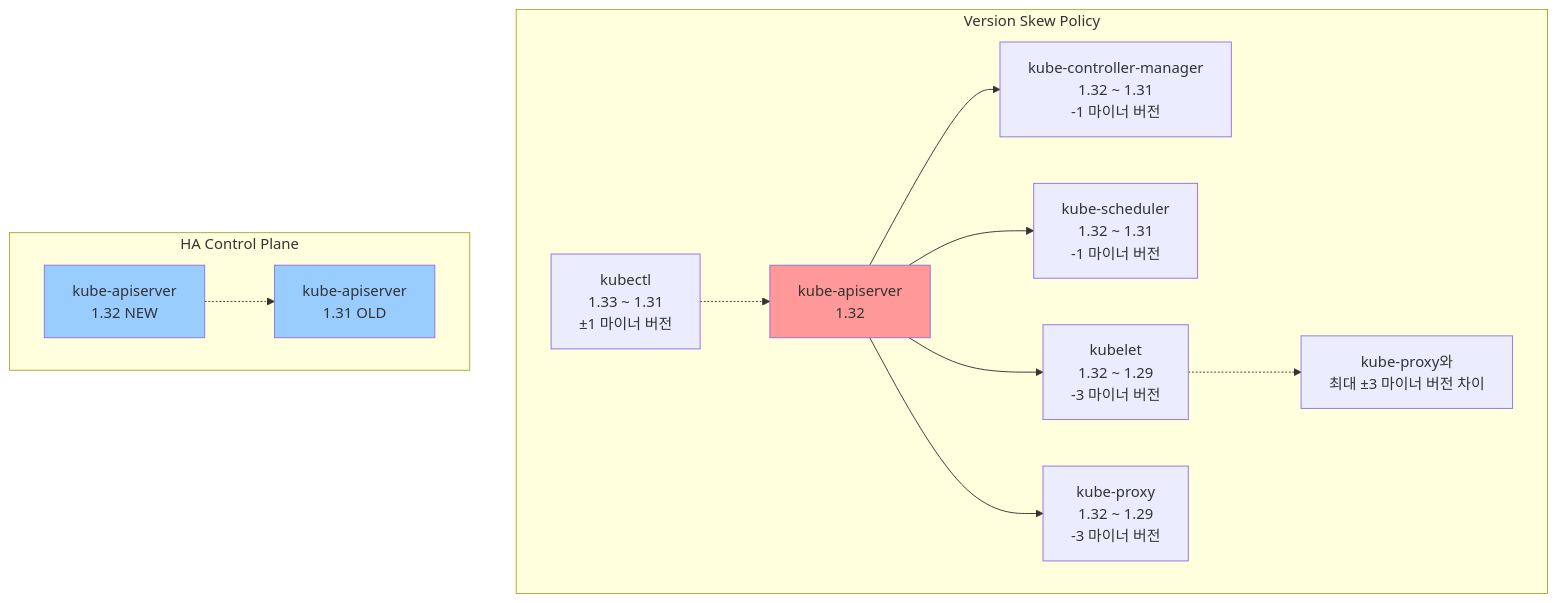
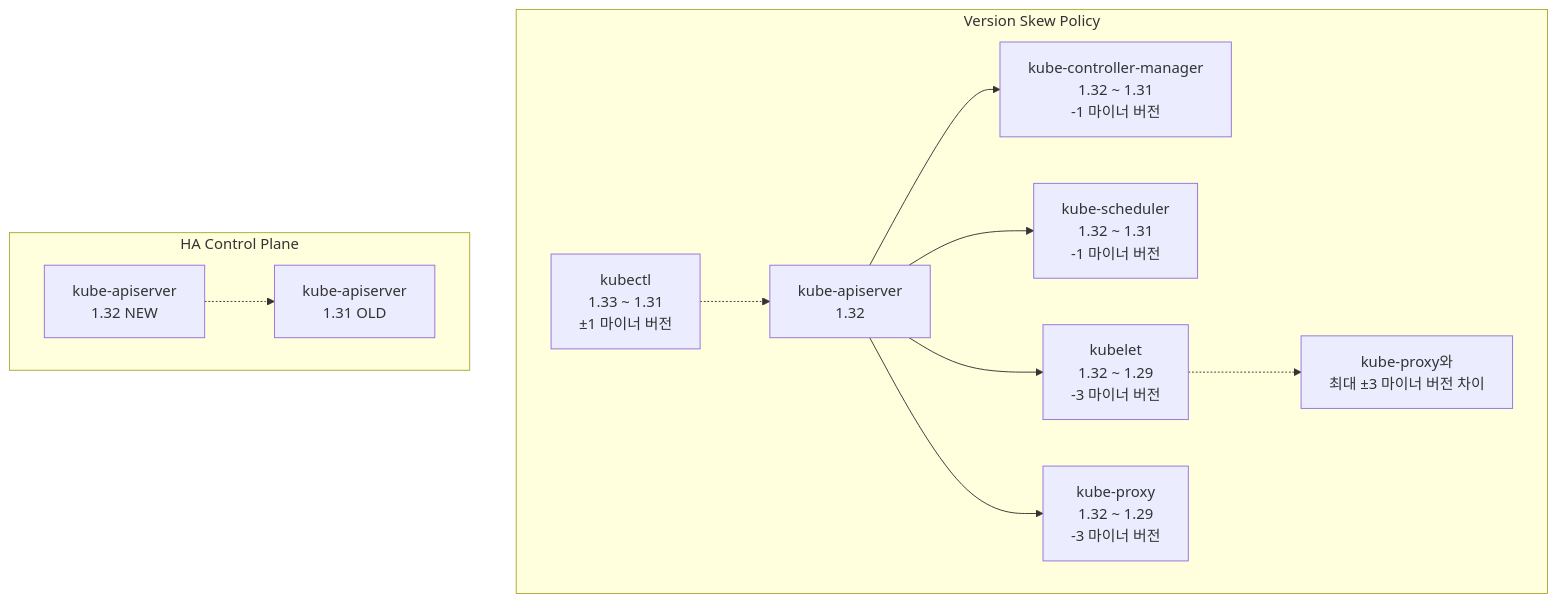
One commit to juwon8891/juwon8891.github.io changed the sixth of 8 diagrams in docs/k8s-deploy/week3-kubeadm-upgrade.md. Above: the diagram before and after it, drawn with Mermaid. The commit also changed other lines of this file and 18 other files, not shown here.

Commit message:
Remove bright colors from Mermaid diagrams for dark mode compatibility

````diff
--- a/docs/k8s-deploy/week3-kubeadm-upgrade.md
+++ b/docs/k8s-deploy/week3-kubeadm-upgrade.md
@@ -781,23 +766,20 @@
 ```mermaid
 graph TB
     subgraph "Version Skew Policy"
         API["kube-apiserver<br>1.32"] --> KCM["kube-controller-manager<br>1.32 ~ 1.31<br>-1 마이너 버전"]
         API --> SCHED["kube-scheduler<br>1.32 ~ 1.31<br>-1 마이너 버전"]
         API --> KUBELET["kubelet<br>1.32 ~ 1.29<br>-3 마이너 버전"]
         API --> PROXY["kube-proxy<br>1.32 ~ 1.29<br>-3 마이너 버전"]
 
         KUBECTL["kubectl<br>1.33 ~ 1.31<br>±1 마이너 버전"] -.-> API
 
         KUBELET -.-> PROXY2["kube-proxy와<br>최대 ±3 마이너 버전 차이"]
     end
 
     subgraph "HA Control Plane"
         API2["kube-apiserver<br>1.32 NEW"]
         API3["kube-apiserver<br>1.31 OLD"]
         API2 -.-> API3
     end
 
-    style API fill:#ff9999
-    style API2 fill:#99ccff
-    style API3 fill:#99ccff
 ```
````
